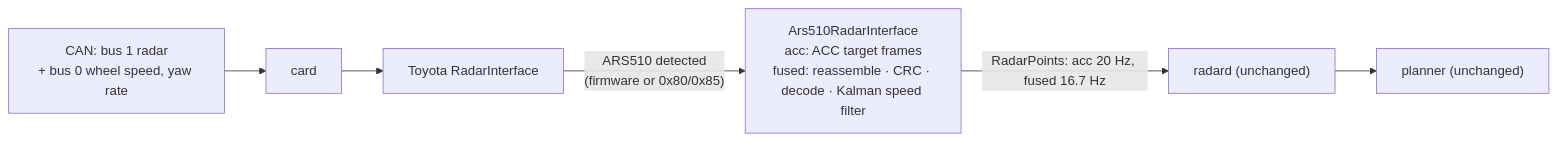
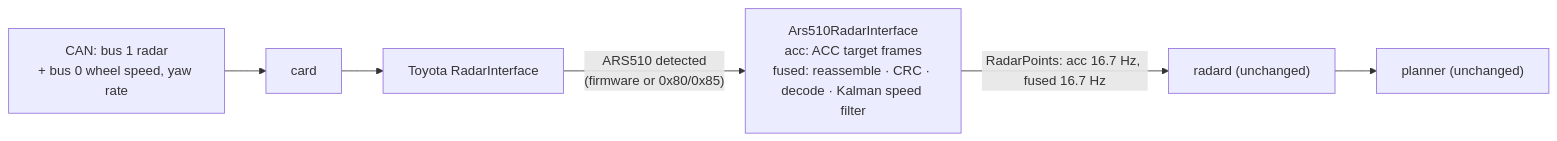
Before and after one commit to Mlnege/ars510-radar: the diagram in README.md, drawn with Mermaid. The commit also changed other lines of this file and 16 other files, not shown here.

````diff
--- a/README.md
+++ b/README.md
@@ -175,6 +175,6 @@
 ```mermaid
 flowchart LR
     CAN["CAN: bus 1 radar<br/>+ bus 0 wheel speed, yaw rate"] --> card --> RI["Toyota RadarInterface"]
     RI -- "ARS510 detected<br/>(firmware or 0x80/0x85)" --> A["Ars510RadarInterface<br/>acc: ACC target frames<br/>fused: reassemble · CRC · decode · Kalman speed filter"]
-    A -- "RadarPoints: acc 20 Hz, fused 16.7 Hz" --> radard["radard (unchanged)"] --> planner["planner (unchanged)"]
+    A -- "RadarPoints: acc 16.7 Hz, fused 16.7 Hz" --> radard["radard (unchanged)"] --> planner["planner (unchanged)"]
 ```
````
